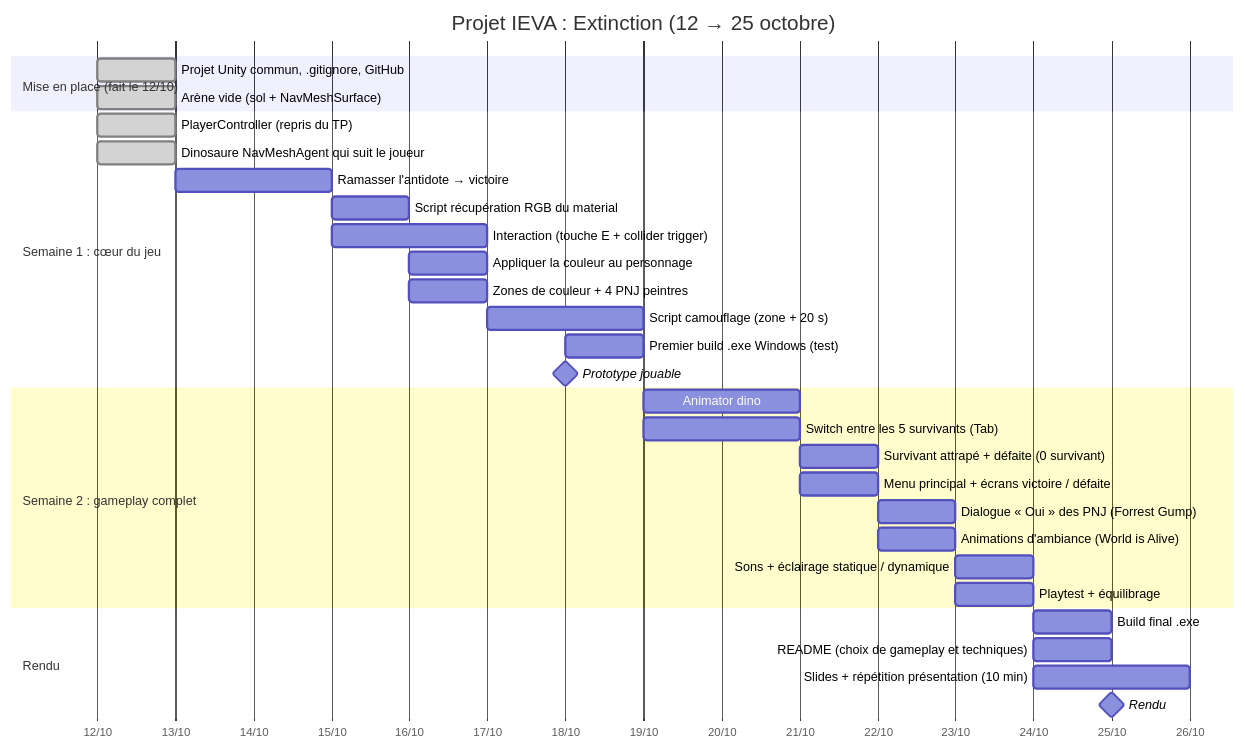
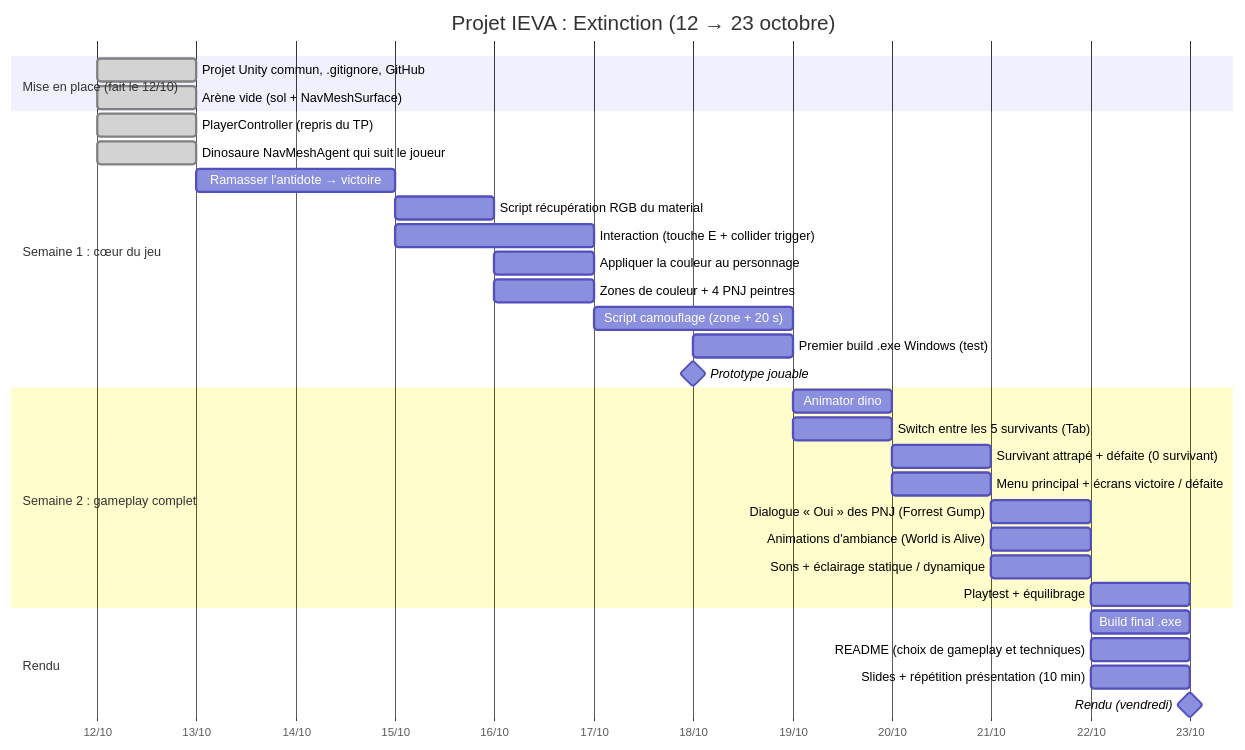
One commit to laissy-dev/IEVA changed the diagram in README.md. Above: the diagram before and after it, drawn with Mermaid.

Commit message:
MAJ du GANTT

````diff
--- a/README.md
+++ b/README.md
@@ -41,38 +41,38 @@
 ```mermaid
 gantt
-    title Projet IEVA : Extinction (12 → 25 octobre)
+    title Projet IEVA : Extinction (12 → 23 octobre)
     dateFormat YYYY-MM-DD
     axisFormat %d/%m
 
     section Mise en place (fait le 12/10)
     Projet Unity commun, .gitignore, GitHub      :done, a0, 2026-10-12, 1d
     Arène vide (sol + NavMeshSurface)            :done, a1, 2026-10-12, 1d
 
     section Semaine 1 : cœur du jeu
     PlayerController (repris du TP)              :done, a2, 2026-10-12, 1d
     Dinosaure NavMeshAgent qui suit le joueur    :done, a3, 2026-10-12, 1d
     Ramasser l'antidote → victoire               :a4, 2026-10-13, 2d
     Script récupération RGB du material          :a5, 2026-10-15, 1d
     Interaction (touche E + collider trigger)    :a6, 2026-10-15, 2d
     Appliquer la couleur au personnage           :a7, after a5, 1d
     Zones de couleur + 4 PNJ peintres            :a8, 2026-10-16, 1d
     Script camouflage (zone + 20 s)              :a9, 2026-10-17, 2d
     Premier build .exe Windows (test)            :a10, 2026-10-18, 1d
     Prototype jouable                            :milestone, m1, 2026-10-18, 0d
 
     section Semaine 2 : gameplay complet
-    Animator dino : Patrouille / Poursuite       :b1, 2026-10-19, 2d
-    Switch entre les 5 survivants (Tab)          :b2, 2026-10-19, 2d
-    Survivant attrapé + défaite (0 survivant)    :b3, 2026-10-21, 1d
-    Menu principal + écrans victoire / défaite   :b4, 2026-10-21, 1d
-    Dialogue « Oui » des PNJ (Forrest Gump)      :b5, 2026-10-22, 1d
-    Animations d'ambiance (World is Alive)       :b6, 2026-10-22, 1d
-    Sons + éclairage statique / dynamique        :b7, 2026-10-23, 1d
-    Playtest + équilibrage                       :b8, 2026-10-23, 1d
+    Animator dino : Patrouille / Poursuite       :b1, 2026-10-19, 1d
+    Switch entre les 5 survivants (Tab)          :b2, 2026-10-19, 1d
+    Survivant attrapé + défaite (0 survivant)    :b3, 2026-10-20, 1d
+    Menu principal + écrans victoire / défaite   :b4, 2026-10-20, 1d
+    Dialogue « Oui » des PNJ (Forrest Gump)      :b5, 2026-10-21, 1d
+    Animations d'ambiance (World is Alive)       :b6, 2026-10-21, 1d
+    Sons + éclairage statique / dynamique        :b7, 2026-10-21, 1d
+    Playtest + équilibrage                       :b8, 2026-10-22, 1d
 
     section Rendu
-    Build final .exe                             :c1, 2026-10-24, 1d
-    README (choix de gameplay et techniques)     :c2, 2026-10-24, 1d
-    Slides + répétition présentation (10 min)    :c3, 2026-10-24, 2d
-    Rendu                                        :milestone, m2, 2026-10-25, 0d
+    Build final .exe                             :c1, 2026-10-22, 1d
+    README (choix de gameplay et techniques)     :c2, 2026-10-22, 1d
+    Slides + répétition présentation (10 min)    :c3, 2026-10-22, 1d
+    Rendu (vendredi)                             :milestone, m2, 2026-10-23, 0d
 ```
````
